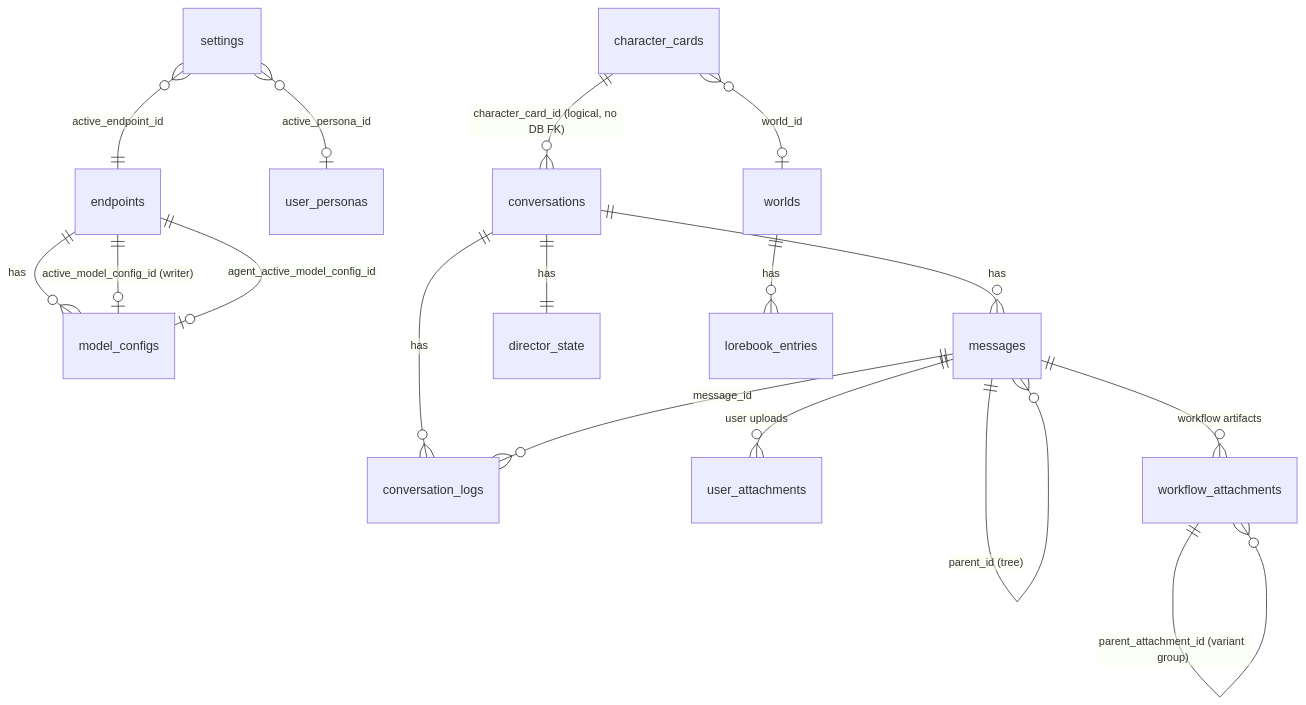
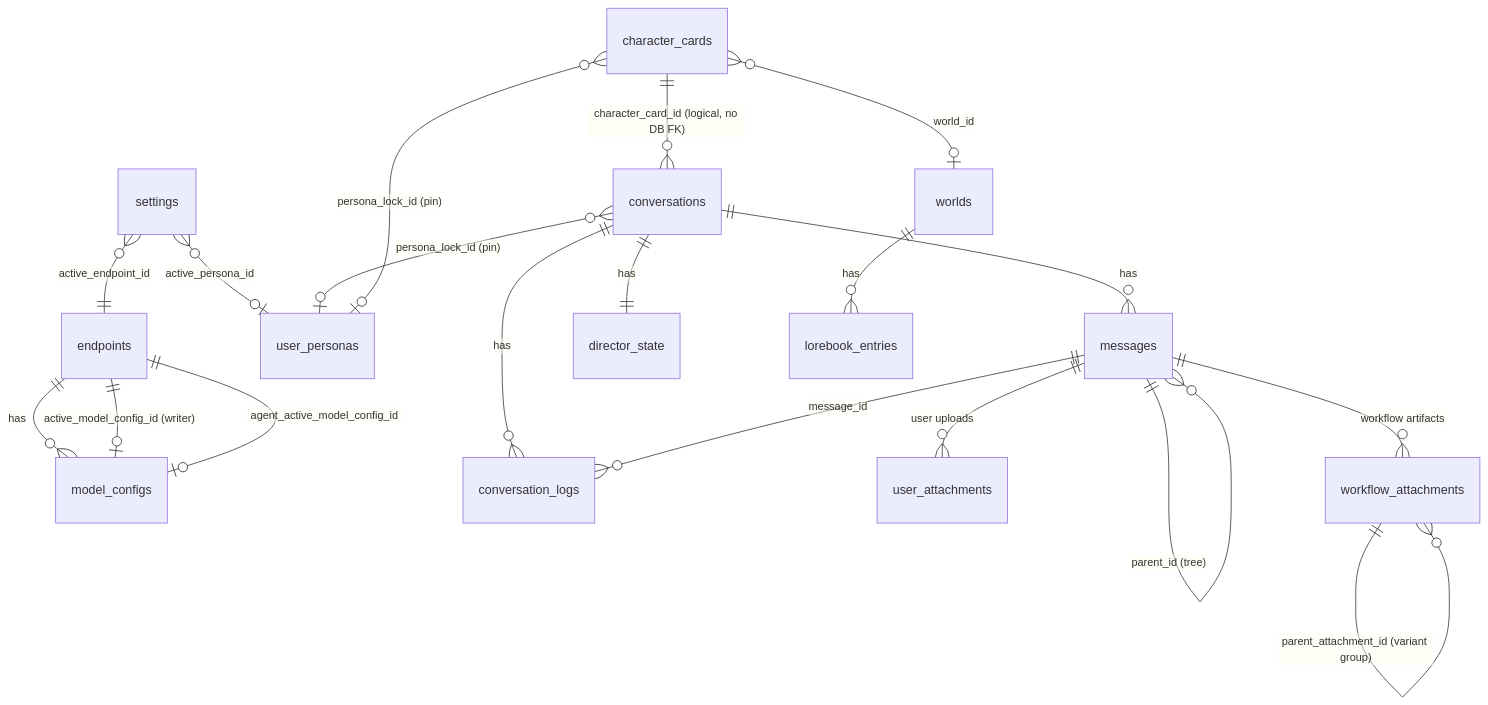
Before and after one commit to OrbFrontend/Orb: the third of 4 diagrams in AGENTS.md, drawn with Mermaid. The commit also changed other lines of this file and 8 other files, not shown here.

````diff
--- a/AGENTS.md
+++ b/AGENTS.md
@@ -218,19 +220,21 @@
 ```mermaid
 erDiagram
     endpoints ||--o{ model_configs : has
     settings }o--|| endpoints : "active_endpoint_id"
     endpoints ||--o| model_configs : "active_model_config_id (writer)"
     endpoints ||--o| model_configs : "agent_active_model_config_id"
     settings }o--o| user_personas : "active_persona_id"
+    conversations }o--o| user_personas : "persona_lock_id (pin)"
+    character_cards }o--o| user_personas : "persona_lock_id (pin)"
     character_cards ||--o{ conversations : "character_card_id (logical, no DB FK)"
     conversations ||--o{ messages : has
     messages ||--o{ messages : "parent_id (tree)"
     conversations ||--|| director_state : has
     conversations ||--o{ conversation_logs : has
     messages ||--o{ conversation_logs : "message_id"
     messages ||--o{ user_attachments : "user uploads"
     messages ||--o{ workflow_attachments : "workflow artifacts"
     workflow_attachments ||--o{ workflow_attachments : "parent_attachment_id (variant group)"
     character_cards }o--o| worlds : "world_id"
     worlds ||--o{ lorebook_entries : has
 ```
````
